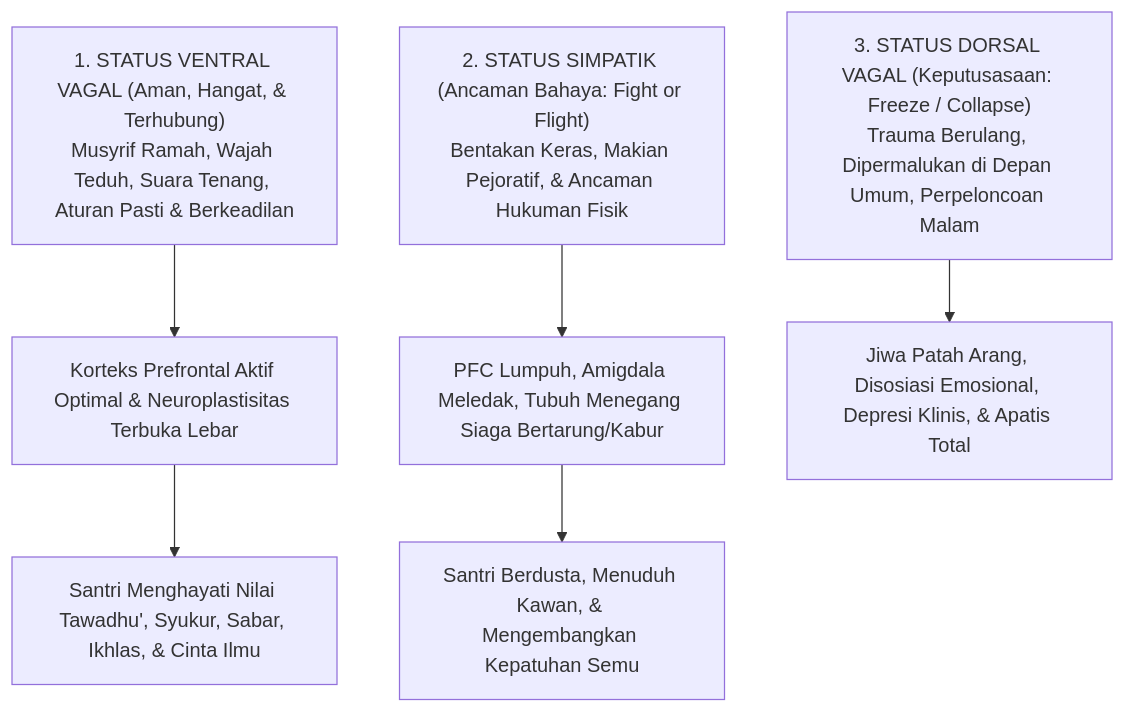
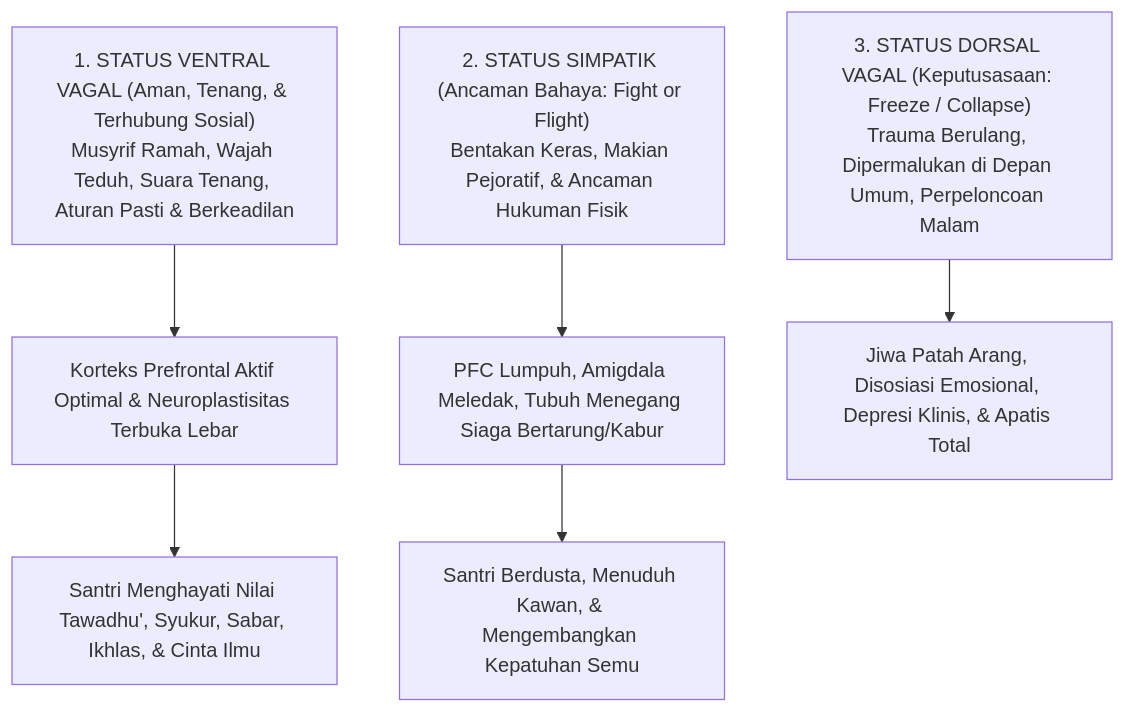
One commit to wandiapriliyandi/tumbuh changed the fourth of 5 diagrams in BOOK-SERIES/Volume-01/Bab-01-Krisis-Karakter-dan-Urgensi-Rekonstruksi/03-Dampak-Neurobiologis-Trauma-dan-Kelumpuhan-PFC.md. Above: the diagram before and after it, drawn with Mermaid. The commit also changed other lines of this file and 1 other file, not shown here.

````diff
--- a/BOOK-SERIES/Volume-01/Bab-01-Krisis-Karakter-dan-Urgensi-Rekonstruksi/03-Dampak-Neurobiologis-Trauma-dan-Kelumpuhan-PFC.md
+++ b/BOOK-SERIES/Volume-01/Bab-01-Krisis-Karakter-dan-Urgensi-Rekonstruksi/03-Dampak-Neurobiologis-Trauma-dan-Kelumpuhan-PFC.md
@@ -107,13 +116,13 @@
 ```mermaid
 graph TD
-    VVC["1. STATUS VENTRAL VAGAL (Aman, Hangat, & Terhubung)<br/>Musyrif Ramah, Wajah Teduh, Suara Tenang, Aturan Pasti & Berkeadilan"]
+    VVC["1. STATUS VENTRAL VAGAL (Aman, Tenang, & Terhubung Sosial)<br/>Musyrif Ramah, Wajah Teduh, Suara Tenang, Aturan Pasti & Berkeadilan"]
     VVC --> BukaOtak["Korteks Prefrontal Aktif Optimal & Neuroplastisitas Terbuka Lebar"]
     BukaOtak --> TumbuhAdab["Santri Menghayati Nilai Tawadhu', Syukur, Sabar, Ikhlas, & Cinta Ilmu"]
     
     SNS["2. STATUS SIMPATIK (Ancaman Bahaya: Fight or Flight)<br/>Bentakan Keras, Makian Pejoratif, & Ancaman Hukuman Fisik"]
     SNS --> KunciOtak["PFC Lumpuh, Amigdala Meledak, Tubuh Menegang Siaga Bertarung/Kabur"]
     KunciOtak --> RusakAdab["Santri Berdusta, Menuduh Kawan, & Mengembangkan Kepatuhan Semu"]
     
     DVC["3. STATUS DORSAL VAGAL (Keputusasaan: Freeze / Collapse)<br/>Trauma Berulang, Dipermalukan di Depan Umum, Perpeloncoan Malam"]
     DVC --> MatiRasa["Jiwa Patah Arang, Disosiasi Emosional, Depresi Klinis, & Apatis Total"]
 ```
````
